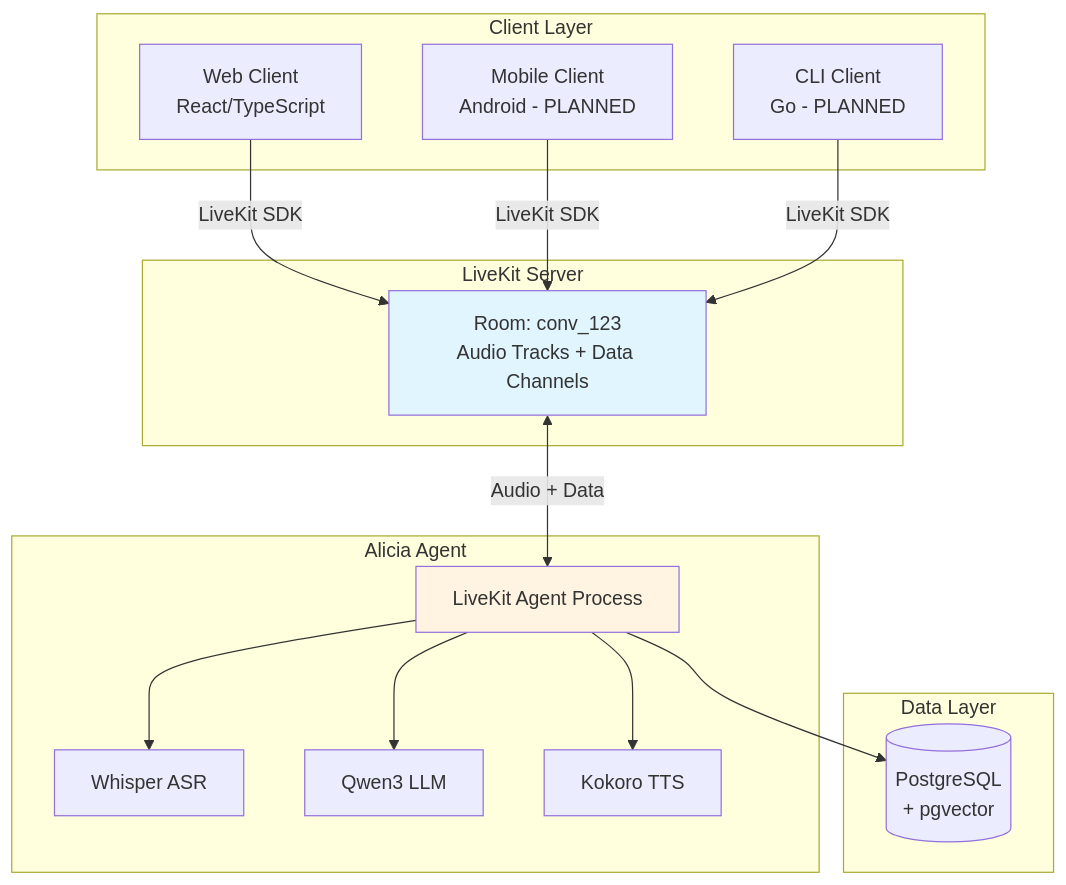
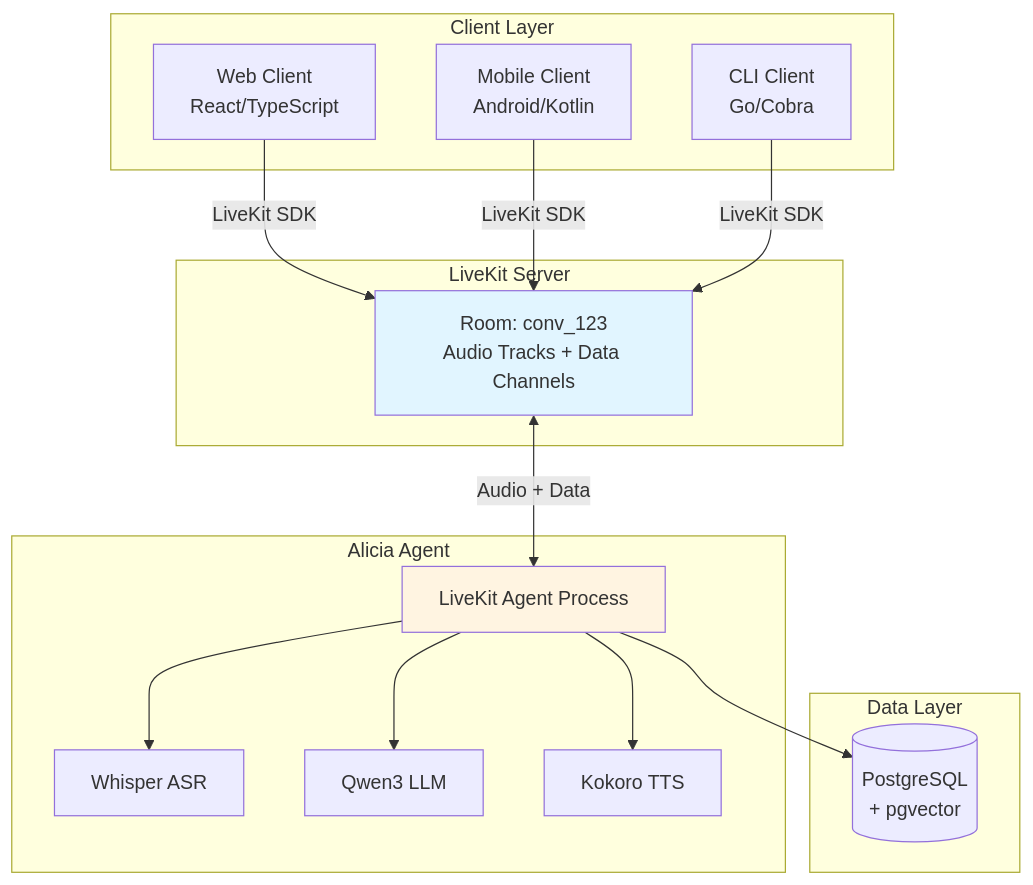
The first of 5 diagrams in docs/ARCHITECTURE.md (longregen/alicia), drawn with Mermaid before and after one commit. The commit also changed other lines of this file and 15 other files, not shown here.

````diff
--- a/docs/ARCHITECTURE.md
+++ b/docs/ARCHITECTURE.md
@@ -11,37 +11,37 @@
 ```mermaid
 graph TD
     subgraph "Client Layer"
         WebClient[Web Client<br/>React/TypeScript]
-        MobileClient[Mobile Client<br/>Android - PLANNED]
-        CLIClient[CLI Client<br/>Go - PLANNED]
+        MobileClient[Mobile Client<br/>Android/Kotlin]
+        CLIClient[CLI Client<br/>Go/Cobra]
     end
 
     subgraph "LiveKit Server"
         Room[Room: conv_123<br/>Audio Tracks + Data Channels]
     end
 
     subgraph "Alicia Agent"
         Agent[LiveKit Agent Process]
         Whisper[Whisper ASR]
         LLM[Qwen3 LLM]
         TTS[Kokoro TTS]
     end
 
     subgraph "Data Layer"
         DB[(PostgreSQL<br/>+ pgvector)]
     end
 
     WebClient -->|LiveKit SDK| Room
     MobileClient -->|LiveKit SDK| Room
     CLIClient -->|LiveKit SDK| Room
 
     Room <-->|Audio + Data| Agent
 
     Agent --> Whisper
     Agent --> LLM
     Agent --> TTS
     Agent --> DB
 
     style Room fill:#e1f5ff
     style Agent fill:#fff4e1
 ```
````
